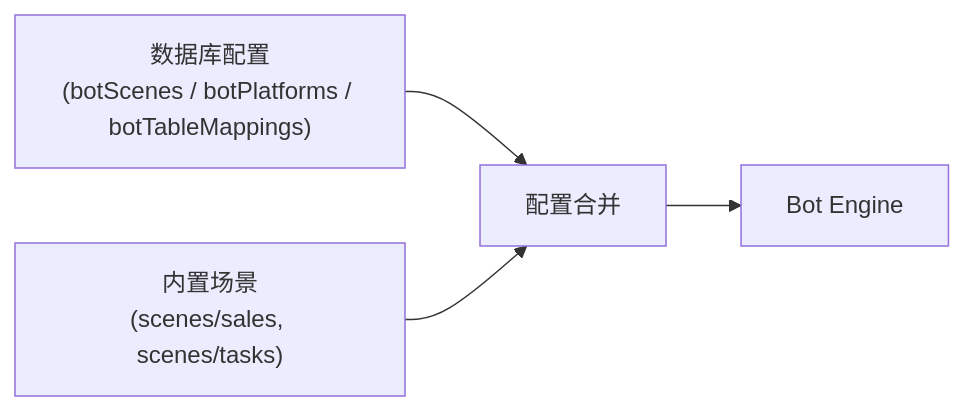
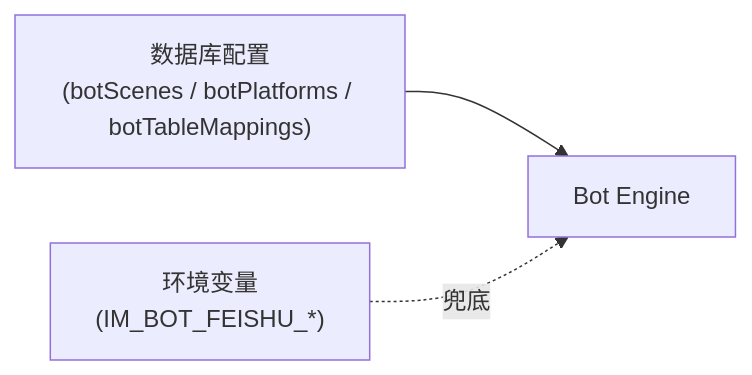
The fourth of 4 diagrams in docs/im-bot-module.md (sunweijie911/t3-app-temp), drawn with Mermaid before and after one commit. The commit also changed other lines of this file and 17 other files, not shown here.

````diff
--- a/docs/im-bot-module.md
+++ b/docs/im-bot-module.md
@@ -713,6 +707,5 @@
 ```mermaid
 flowchart LR
-    DB["数据库配置<br/>(botScenes / botPlatforms / botTableMappings)"] --> MERGE["配置合并"]
-    CODE["内置场景<br/>(scenes/sales, scenes/tasks)"] --> MERGE
-    MERGE --> ENGINE["Bot Engine"]
+    DB["数据库配置<br/>(botScenes / botPlatforms / botTableMappings)"] --> ENGINE["Bot Engine"]
+    ENV["环境变量<br/>(IM_BOT_FEISHU_*)"] -. 兜底 .-> ENGINE
 ```
````
